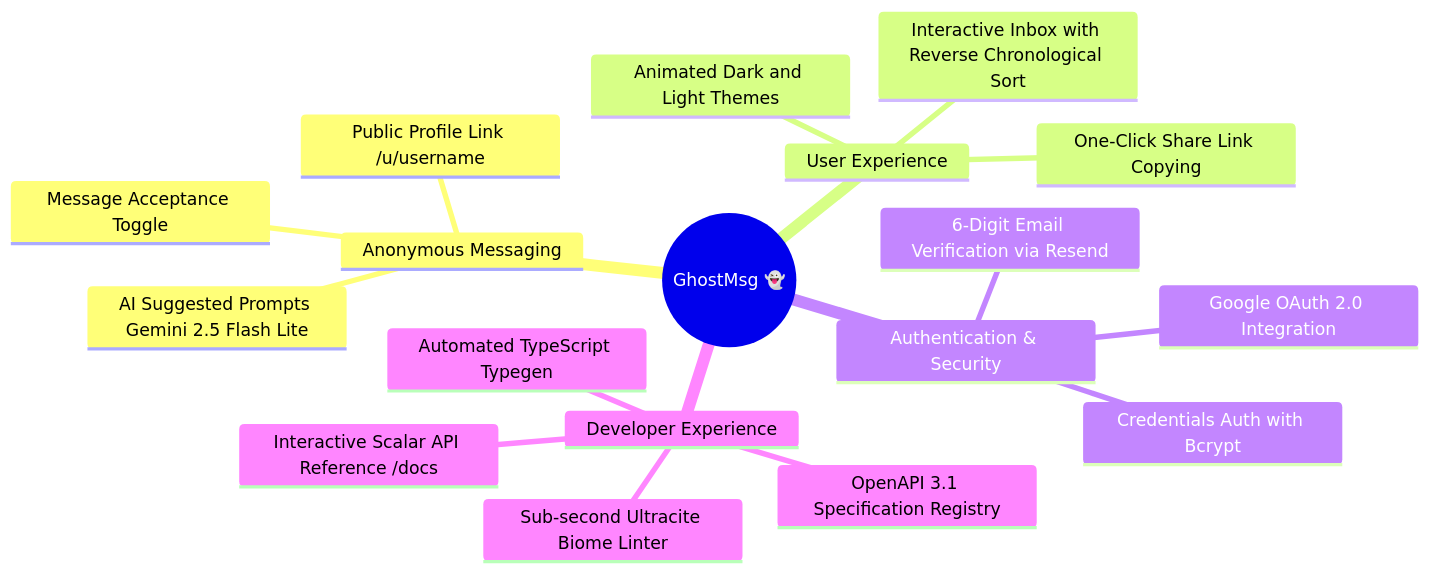
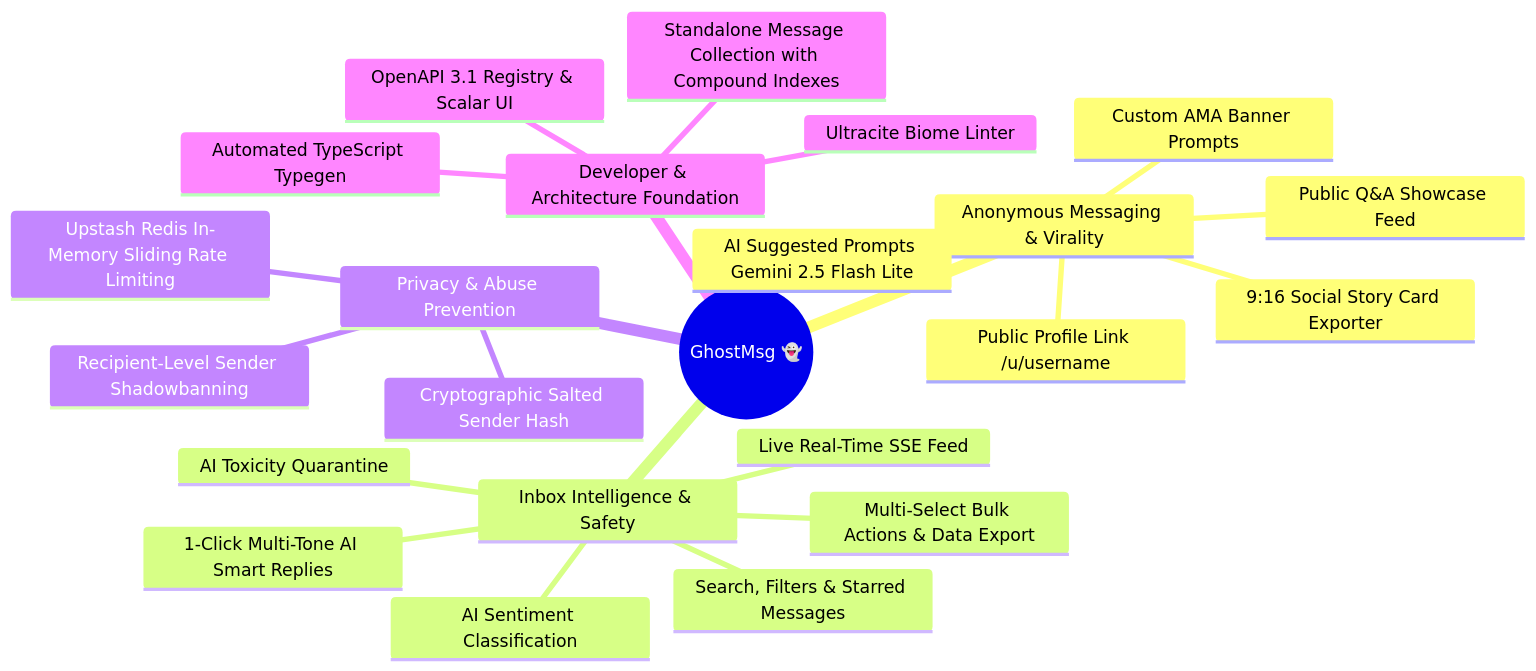
Before and after one commit to Abbas4tech/GhostMsg: the diagram in docs/01-overview.md, drawn with Mermaid. The commit also changed other lines of this file and 67 other files, not shown here.

Commit message:
feat: complete OpenAPI SDK integration, Nodemailer email provider, Web Push fixes, and full-width filter UX

````diff
--- a/docs/01-overview.md
+++ b/docs/01-overview.md
@@ -36,21 +41,26 @@
 ```mermaid
 mindmap
   root((GhostMsg 👻))
-    Anonymous Messaging
+    Anonymous Messaging & Virality
       Public Profile Link /u/username
-      Message Acceptance Toggle
+      Custom AMA Banner Prompts
       AI Suggested Prompts Gemini 2.5 Flash Lite
-    User Experience
-      Interactive Inbox with Reverse Chronological Sort
-      One-Click Share Link Copying
-      Animated Dark and Light Themes
-    Authentication & Security
-      Credentials Auth with Bcrypt
-      Google OAuth 2.0 Integration
-      6-Digit Email Verification via Resend
-    Developer Experience
-      OpenAPI 3.1 Specification Registry
-      Interactive Scalar API Reference /docs
+      Public Q&A Showcase Feed
+      9:16 Social Story Card Exporter
+    Inbox Intelligence & Safety
+      Live Real-Time SSE Feed
+      Search, Filters & Starred Messages
+      Multi-Select Bulk Actions & Data Export
+      AI Toxicity Quarantine
+      AI Sentiment Classification
+      1-Click Multi-Tone AI Smart Replies
+    Privacy & Abuse Prevention
+      Upstash Redis In-Memory Sliding Rate Limiting
+      Cryptographic Salted Sender Hash
+      Recipient-Level Sender Shadowbanning
+    Developer & Architecture Foundation
+      Standalone Message Collection with Compound Indexes
+      OpenAPI 3.1 Registry & Scalar UI
       Automated TypeScript Typegen
-      Sub-second Ultracite Biome Linter
+      Ultracite Biome Linter
 ```
````
